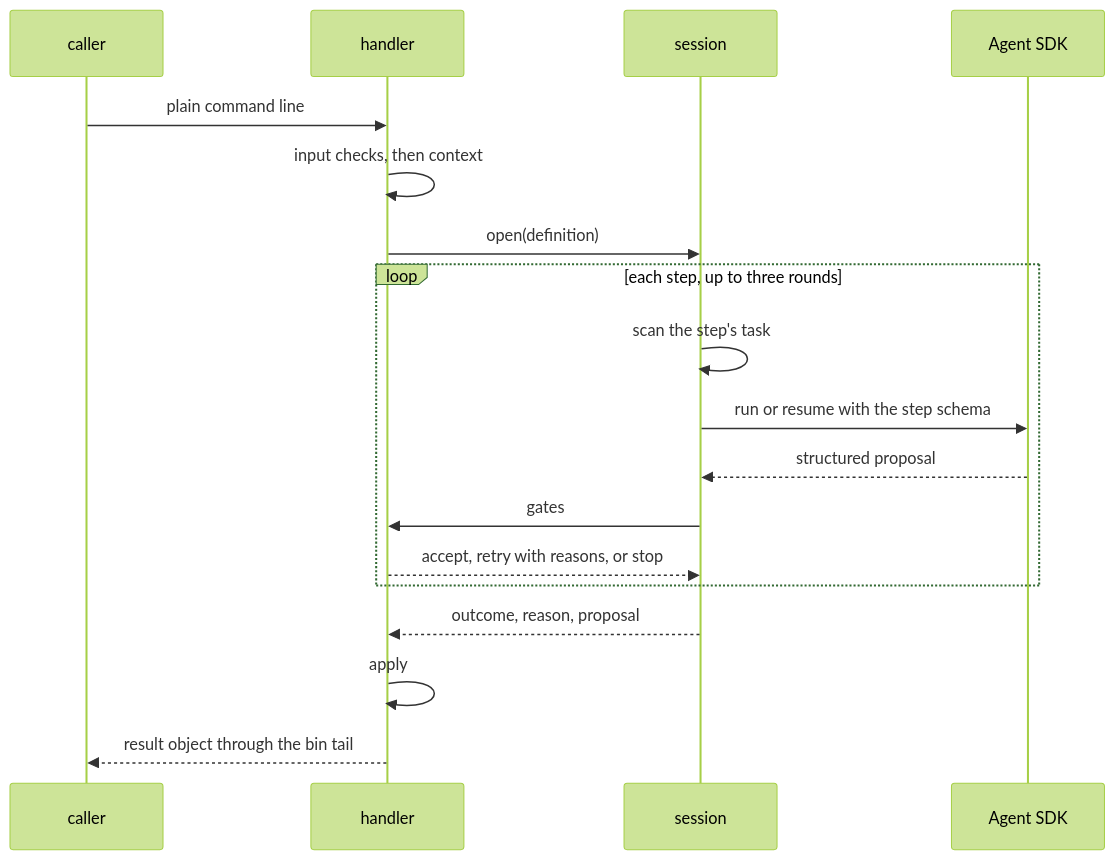
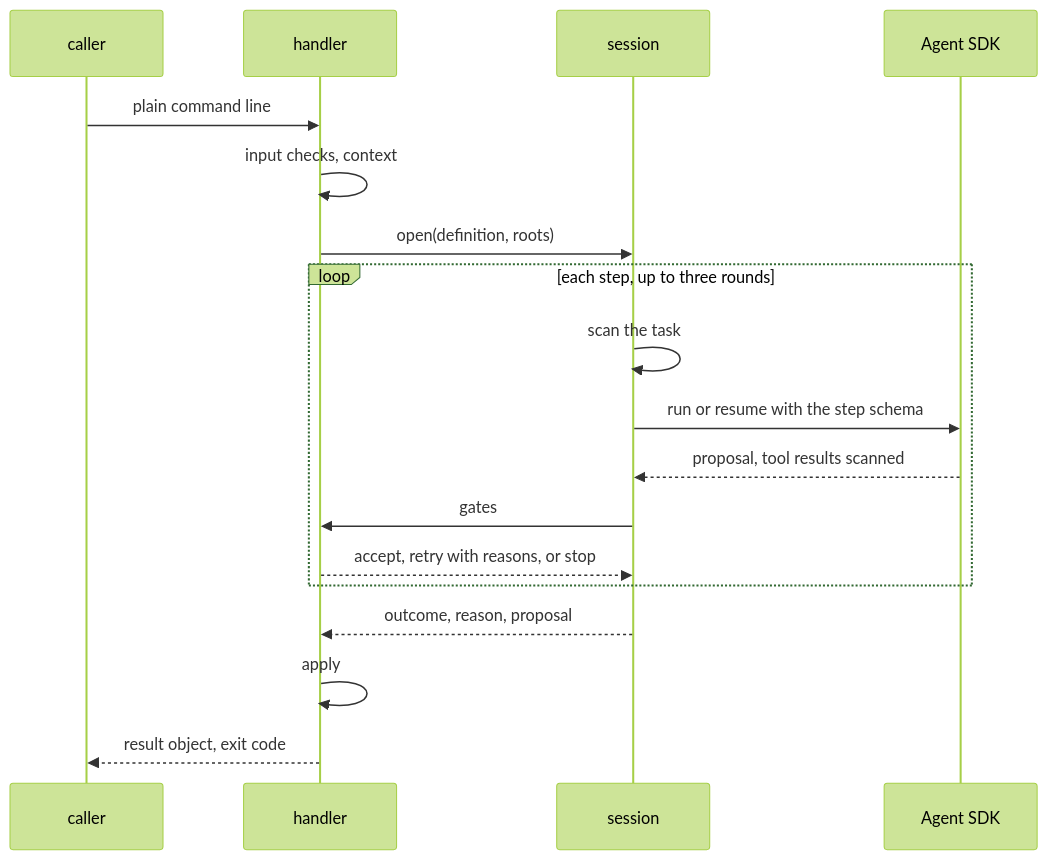
The second of 2 diagrams in specs/2410-agent-backed-commands/design-a.md (forwardimpact/monorepo), drawn with Mermaid (forest theme) before and after one commit. The commit also changed other lines of this file and 1 other file, not shown here.

````diff
--- a/specs/2410-agent-backed-commands/design-a.md
+++ b/specs/2410-agent-backed-commands/design-a.md
@@ -59,20 +60,20 @@
 ```mermaid
 sequenceDiagram
     participant C as caller
     participant D as handler
     participant H as session
     participant S as Agent SDK
     C->>D: plain command line
-    D->>D: input checks, then context
-    D->>H: open(definition)
+    D->>D: input checks, context
+    D->>H: open(definition, roots)
     loop each step, up to three rounds
-        H->>H: scan the step's task
+        H->>H: scan the task
         H->>S: run or resume with the step schema
-        S-->>H: structured proposal
+        S-->>H: proposal, tool results scanned
         H->>D: gates
         D-->>H: accept, retry with reasons, or stop
     end
     H-->>D: outcome, reason, proposal
     D->>D: apply
-    D-->>C: result object through the bin tail
+    D-->>C: result object, exit code
 ```
````
